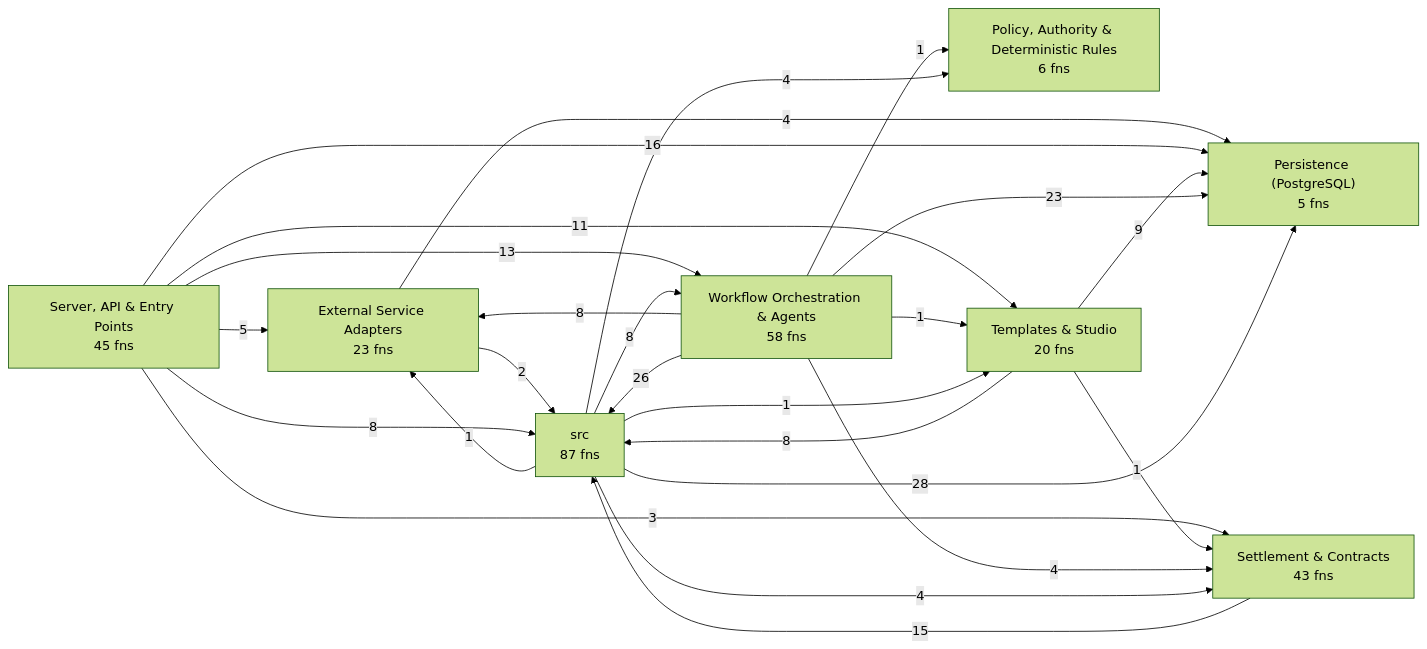
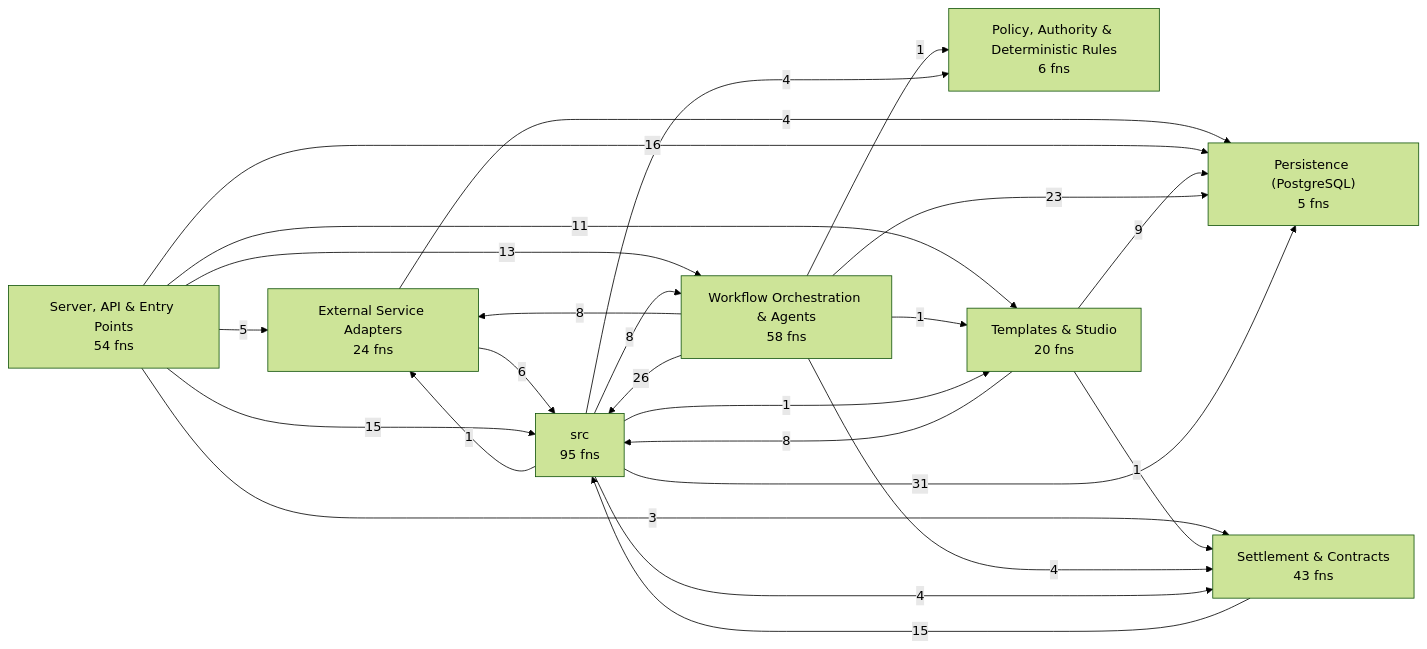
The first of 8 diagrams in docs/CODEBASE_MAP.md (Jaydearcadian/bind), drawn with Mermaid (forest theme) before and after one commit. The commit also changed other lines of this file and 18 other files, not shown here.

````diff
--- a/docs/CODEBASE_MAP.md
+++ b/docs/CODEBASE_MAP.md
@@ -12,35 +12,35 @@
 ```mermaid
 flowchart LR
-  L0["External Service Adapters<br/>23 fns"]
+  L0["External Service Adapters<br/>24 fns"]
   L1["Persistence (PostgreSQL)<br/>5 fns"]
   L2["Policy, Authority & Deterministic Rules<br/>6 fns"]
-  L3["Server, API & Entry Points<br/>45 fns"]
+  L3["Server, API & Entry Points<br/>54 fns"]
   L4["Settlement & Contracts<br/>43 fns"]
   L5["Templates & Studio<br/>20 fns"]
   L6["Workflow Orchestration & Agents<br/>58 fns"]
-  L7["src<br/>87 fns"]
+  L7["src<br/>95 fns"]
   L0 -->|4| L1
-  L0 -->|2| L7
+  L0 -->|6| L7
   L3 -->|5| L0
   L3 -->|16| L1
   L3 -->|3| L4
   L3 -->|11| L5
   L3 -->|13| L6
-  L3 -->|8| L7
+  L3 -->|15| L7
   L4 -->|15| L7
   L5 -->|9| L1
   L5 -->|1| L4
   L5 -->|8| L7
   L6 -->|8| L0
   L6 -->|23| L1
   L6 -->|1| L2
   L6 -->|4| L4
   L6 -->|1| L5
   L6 -->|26| L7
   L7 -->|1| L0
-  L7 -->|28| L1
+  L7 -->|31| L1
   L7 -->|4| L2
   L7 -->|4| L4
   L7 -->|1| L5
   L7 -->|8| L6
 ```
````
